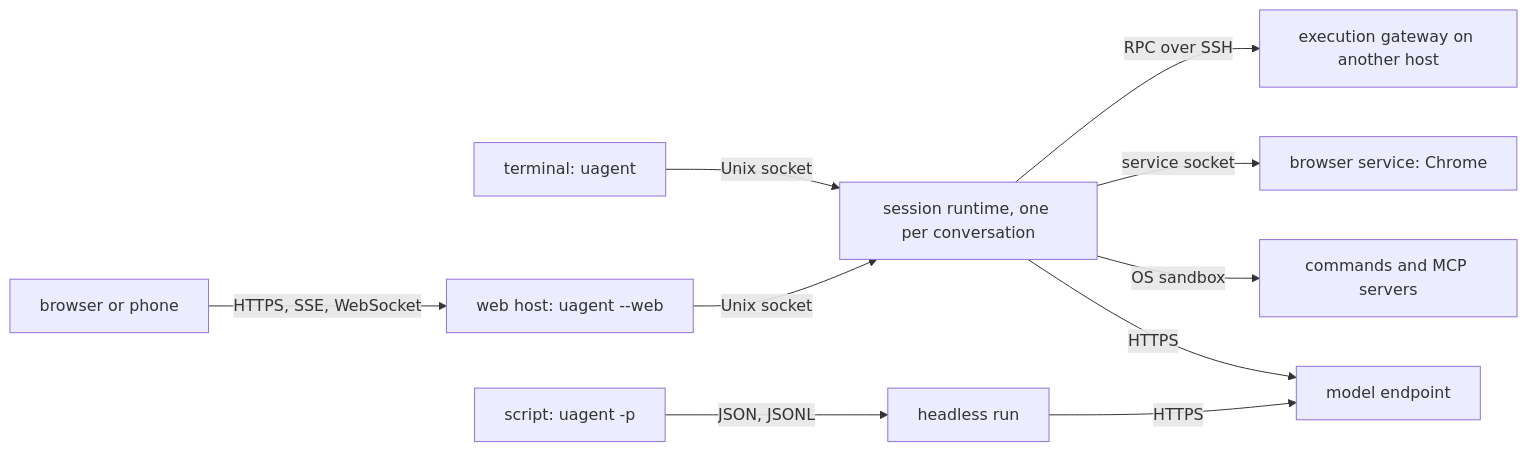
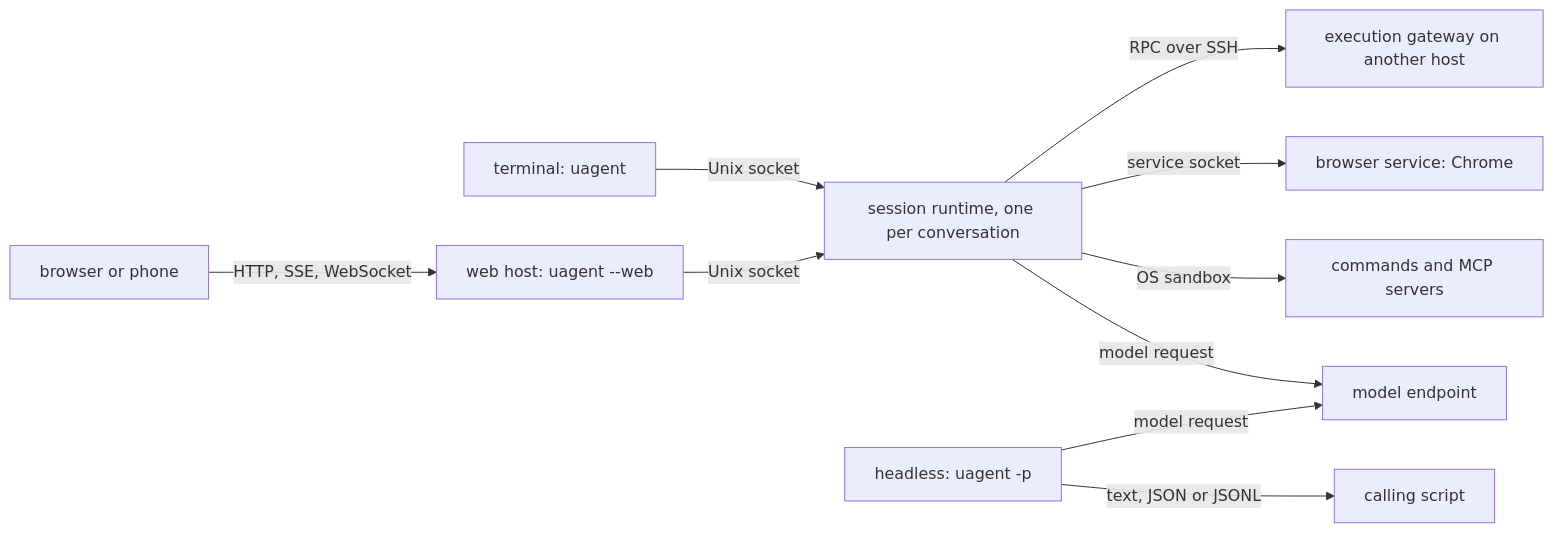
The diagram in README.md (timongentzsch/uAgent), drawn with Mermaid before and after one commit. The commit also changed other lines of this file and 14 other files, not shown here.

````diff
--- a/README.md
+++ b/README.md
@@ -17,12 +16,12 @@
 ```mermaid
 flowchart LR
   term[terminal: uagent] -->|Unix socket| run
-  dev[browser or phone] -->|HTTPS, SSE, WebSocket| web[web host: uagent --web]
+  dev[browser or phone] -->|HTTP, SSE, WebSocket| web[web host: uagent --web]
   web -->|Unix socket| run[session runtime, one per conversation]
-  script[script: uagent -p] -->|JSON, JSONL| head[headless run]
-  run -->|HTTPS| model[model endpoint]
-  head -->|HTTPS| model
+  head[headless: uagent -p] -->|text, JSON or JSONL| script[calling script]
+  run -->|model request| model[model endpoint]
+  head -->|model request| model
   run -->|OS sandbox| cmd[commands and MCP servers]
   run -->|service socket| chrome[browser service: Chrome]
   run -->|RPC over SSH| gw[execution gateway on another host]
 ```
````
